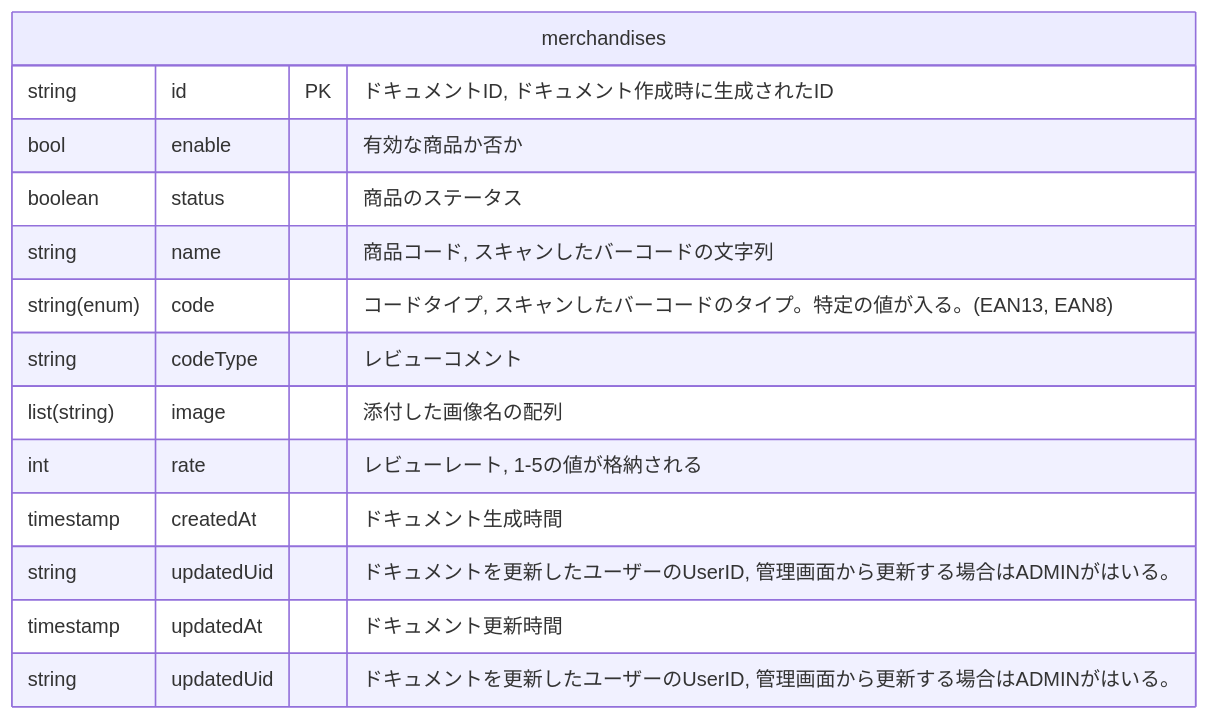
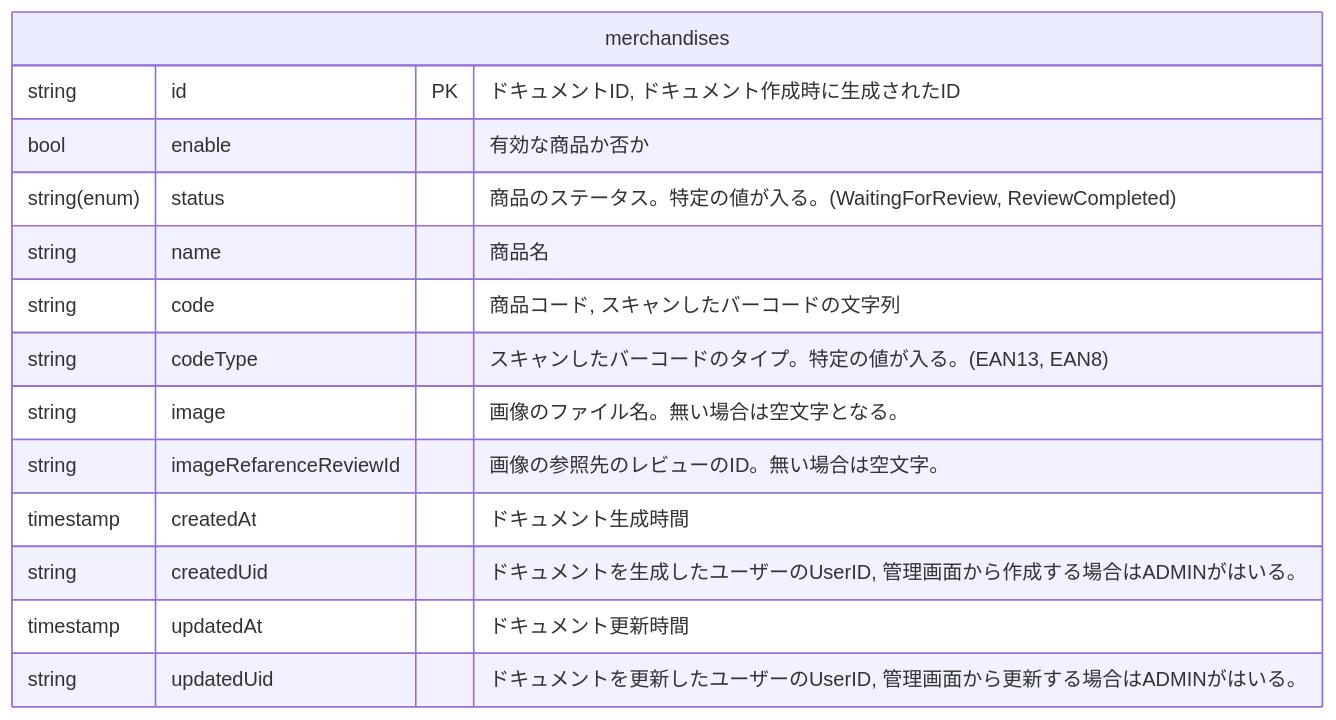
The second of 3 diagrams in documents/system/database.md (takoikatakotako/reviewers), drawn with Mermaid before and after one commit. The commit also changed other lines of this file, not shown here.

````diff
--- a/documents/system/database.md
+++ b/documents/system/database.md
@@ -31,17 +31,17 @@
 ```mermaid
 erDiagram
   merchandises {
     string id PK "ドキュメントID, ドキュメント作成時に生成されたID"
     bool enable "有効な商品か否か"
-    boolean status "商品のステータス"
-    string name "商品コード, スキャンしたバーコードの文字列"
-    string(enum) code "コードタイプ, スキャンしたバーコードのタイプ。特定の値が入る。(EAN13, EAN8)"
-    string codeType "レビューコメント"
-    list(string) image "添付した画像名の配列"
-    int rate "レビューレート, 1-5の値が格納される"
+    string(enum) status "商品のステータス。特定の値が入る。(WaitingForReview, ReviewCompleted)"
+    string name "商品名"
+    string code "商品コード, スキャンしたバーコードの文字列"
+    string codeType "スキャンしたバーコードのタイプ。特定の値が入る。(EAN13, EAN8)"
+    string image "画像のファイル名。無い場合は空文字となる。"
+    string imageRefarenceReviewId "画像の参照先のレビューのID。無い場合は空文字。"
     timestamp createdAt "ドキュメント生成時間"
-    string updatedUid "ドキュメントを更新したユーザーのUserID, 管理画面から更新する場合はADMINがはいる。"
+    string createdUid "ドキュメントを生成したユーザーのUserID, 管理画面から作成する場合はADMINがはいる。"
     timestamp updatedAt "ドキュメント更新時間"
     string updatedUid "ドキュメントを更新したユーザーのUserID, 管理画面から更新する場合はADMINがはいる。"
 }
 ```
````
